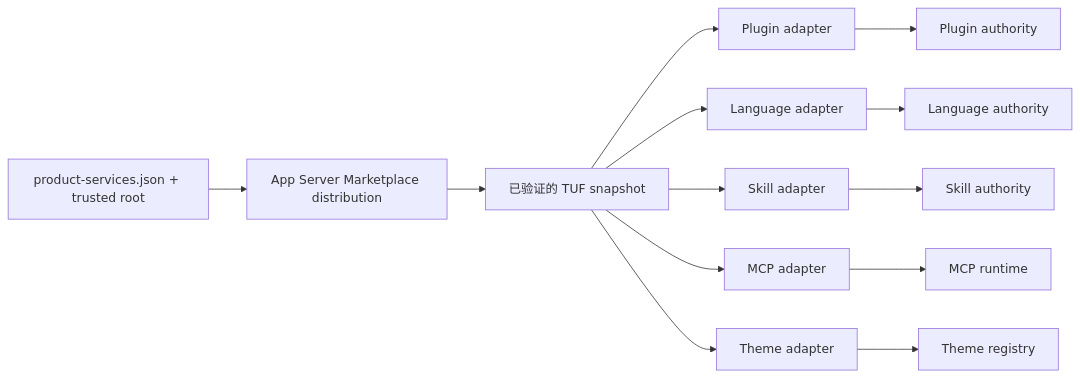
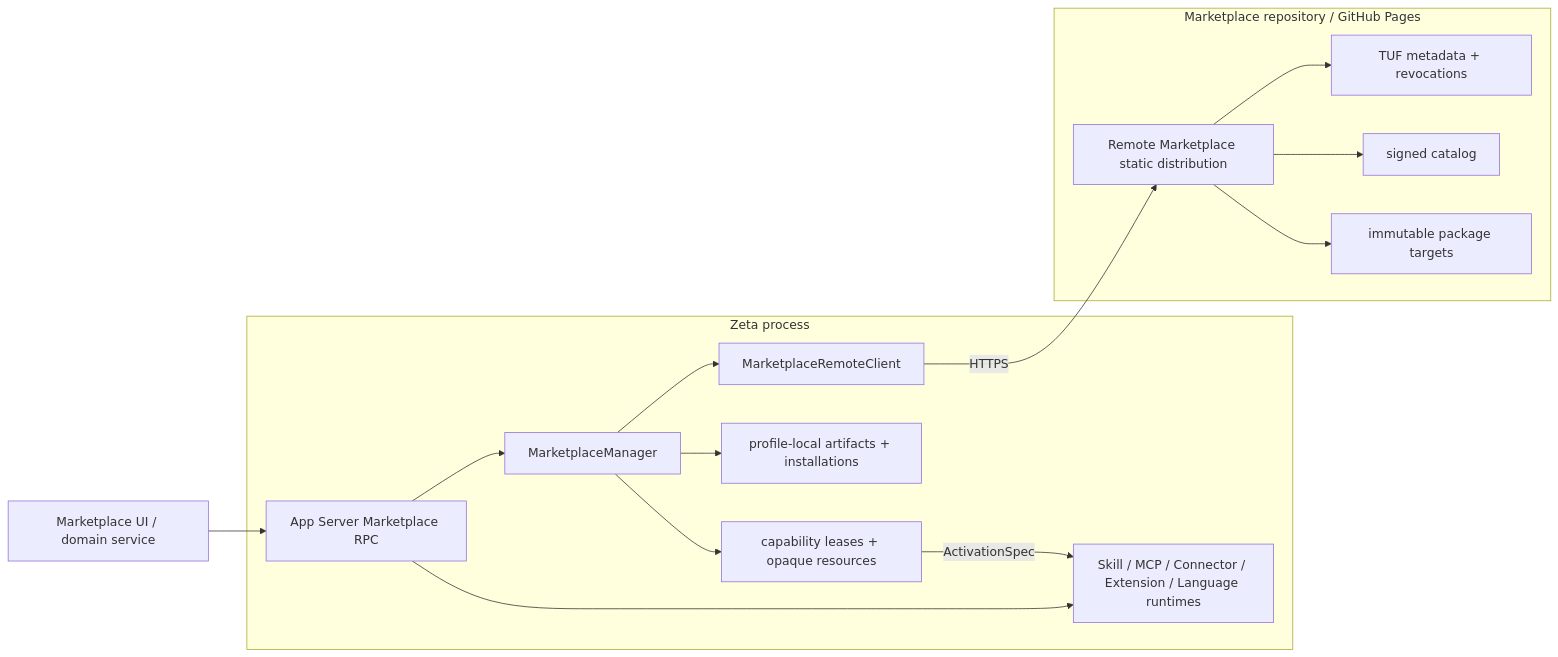
One commit to chogng/zeta changed the diagram in docs/marketplace-integration.md. Above: the diagram before and after it, drawn with Mermaid. The commit also changed other lines of this file and 153 other files, not shown here.

First line of the commit message:
feat(marketplace): unify capability distribution and activation

````diff
--- a/docs/marketplace-integration.md
+++ b/docs/marketplace-integration.md
@@ -30,15 +30,22 @@
 ```mermaid
 flowchart LR
-    A["product-services.json + trusted root"] --> B["App Server Marketplace distribution"]
-    B --> C["已验证的 TUF snapshot"]
-    C --> D["Plugin adapter"]
-    C --> E["Language adapter"]
-    C --> F["Skill adapter"]
-    C --> G["MCP adapter"]
-    C --> H["Theme adapter"]
-    D --> I["Plugin authority"]
-    E --> J["Language authority"]
-    F --> K["Skill authority"]
-    G --> L["MCP runtime"]
-    H --> M["Theme registry"]
+    UI["Marketplace UI / domain service"] --> RPC["App Server Marketplace RPC"]
+
+    subgraph Zeta["Zeta process"]
+        RPC --> Manager["MarketplaceManager"]
+        Manager --> Client["MarketplaceRemoteClient"]
+        Manager --> Store["profile-local artifacts + installations"]
+        Manager --> Lease["capability leases + opaque resources"]
+        RPC --> Runtime["Skill / MCP / Connector / Extension / Language runtimes"]
+    end
+
+    Client -->|"HTTPS"| Pages["Remote Marketplace static distribution"]
+
+    subgraph Remote["Marketplace repository / GitHub Pages"]
+        Pages --> TUF["TUF metadata + revocations"]
+        Pages --> Catalog["signed catalog"]
+        Pages --> Targets["immutable package targets"]
+    end
+
+    Lease -->|"ActivationSpec"| Runtime
 ```
````
